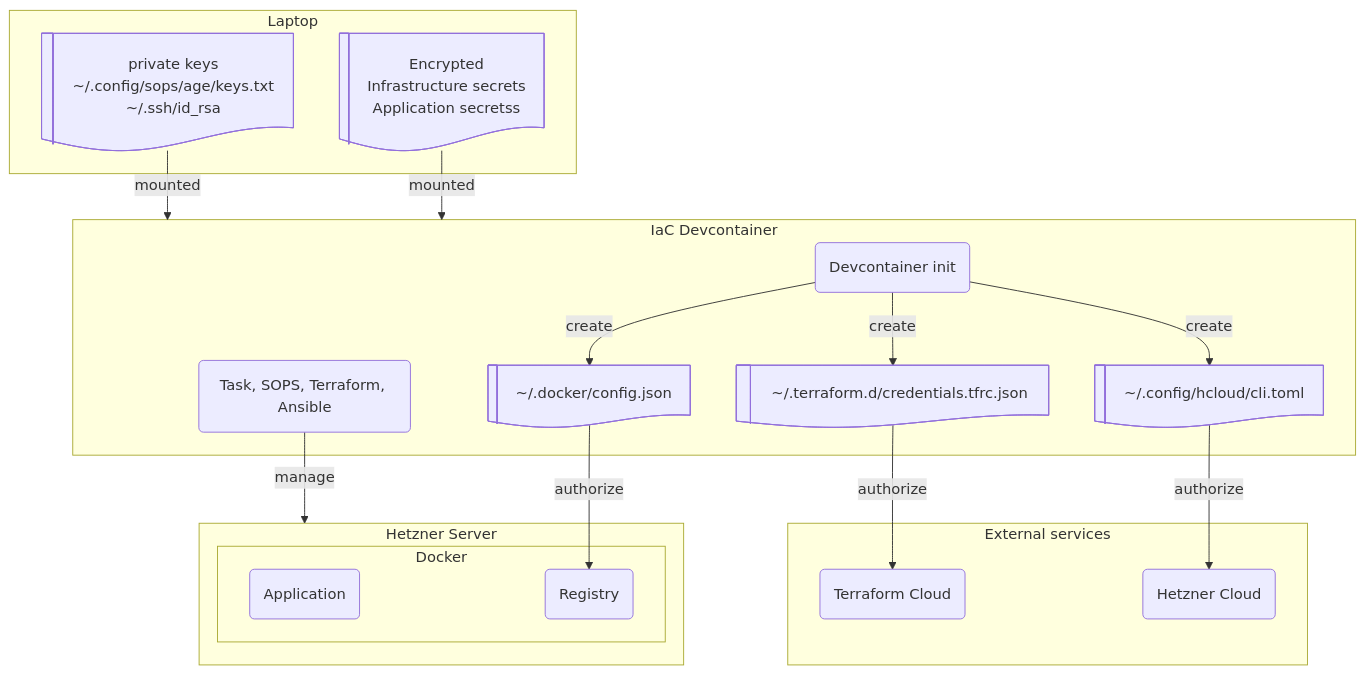
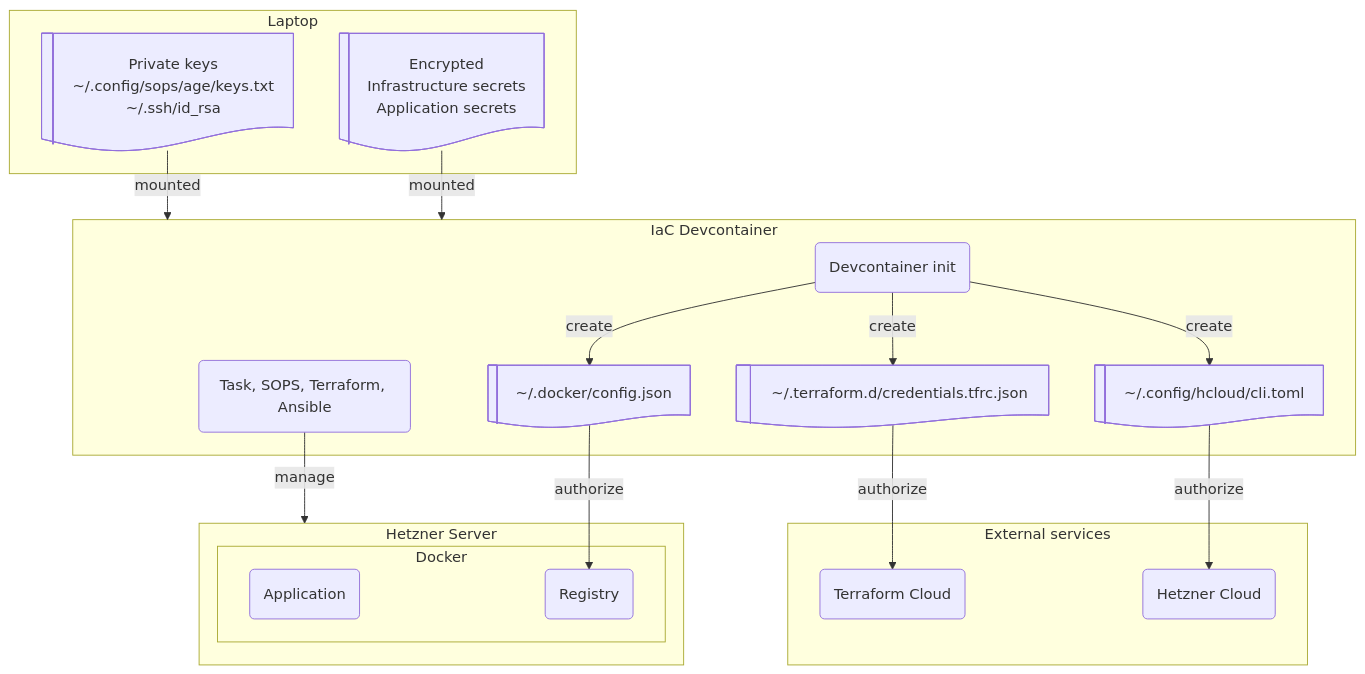
Before and after one commit to rednaw/iac: the diagram in docs/launch-devcontainer.md, drawn with Mermaid. The commit also changed other lines of this file and 9 other files, not shown here.

````diff
--- a/docs/launch-devcontainer.md
+++ b/docs/launch-devcontainer.md
@@ -48,41 +64,41 @@
 ```mermaid
 flowchart TB
     subgraph HOST["Laptop"]
-        SECRETS@{ shape: lin-doc, label: "private keys<br/>~/.config/sops/age/keys.txt<br/>~/.ssh/id_rsa" }
-        APP@{ shape: lin-doc, label: "Encrypted<br/>Infrastructure secrets<br/>Application secretss" }
+        SECRETS@{ shape: lin-doc, label: "Private keys<br/>~/.config/sops/age/keys.txt<br/>~/.ssh/id_rsa" }
+        APP@{ shape: lin-doc, label: "Encrypted<br/>Infrastructure secrets<br/>Application secrets" }
     end
 
     subgraph DEVCONTAINER["IaC Devcontainer"]
         TOOLS(Task, SOPS, Terraform, Ansible)
         SETUP(Devcontainer init)
         DOCKER_CONFIG@{ shape: lin-doc, label: "~/.docker/config.json" }
         TF_CRED@{ shape: lin-doc, label: "~/.terraform.d/credentials.tfrc.json" }
         HCLOUD_CONFIG@{ shape: lin-doc, label: "~/.config/hcloud/cli.toml" }
     end
 
     subgraph EXTERNAL["External services"]
         TF_CLOUD(Terraform Cloud)
         HCLOUD(Hetzner Cloud)
     end
 
     subgraph SERVER[Hetzner Server]
       subgraph DOCKER[Docker]
         APP_SERVICE(Application)
         REGISTRY(Registry)
       end
     end
 
 
     SECRETS --->|mounted| DEVCONTAINER
     APP --->|mounted| DEVCONTAINER
 
     SETUP -->|create| DOCKER_CONFIG
     SETUP -->|create| TF_CRED
     SETUP -->|create| HCLOUD_CONFIG
 
     TOOLS -->|manage| SERVER
 
     DOCKER_CONFIG -->|authorize| REGISTRY
     TF_CRED -->|authorize| TF_CLOUD
     HCLOUD_CONFIG -->|authorize| HCLOUD
 ```
````
